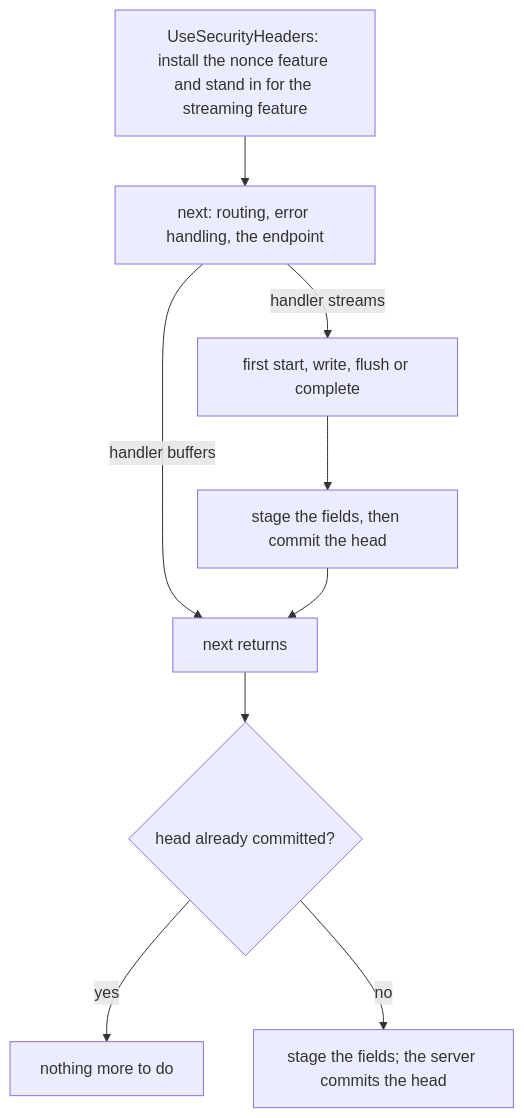
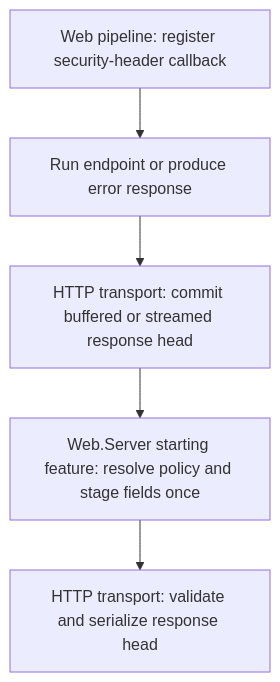
One commit to assimalign/cohesion-docs changed the first of 2 diagrams in docs/dotnet-apis/resources/web/assimalign-cohesion-web-securityheaders/design.md. Above: the diagram before and after it, drawn with Mermaid. The commit also changed other lines of this file and 107 other files, not shown here.

First line of the commit message:
docs(apis): sync the Web and area pages with Stage 13

````diff
--- a/docs/dotnet-apis/resources/web/assimalign-cohesion-web-securityheaders/design.md
+++ b/docs/dotnet-apis/resources/web/assimalign-cohesion-web-securityheaders/design.md
@@ -69,11 +67,7 @@
 ```mermaid
 flowchart TD
-    Enter["UseSecurityHeaders: install the nonce feature and stand in for the streaming feature"] --> Next["next: routing, error handling, the endpoint"]
-    Next -->|"handler streams"| First["first start, write, flush or complete"]
-    First --> StageStreamed["stage the fields, then commit the head"]
-    Next -->|"handler buffers"| Unwind["next returns"]
-    StageStreamed --> Unwind
-    Unwind --> Started{"head already committed?"}
-    Started -->|"yes"| Done["nothing more to do"]
-    Started -->|"no"| StageBuffered["stage the fields; the server commits the head"]
+    Register["Web pipeline: register security-header callback"] --> Endpoint["Run endpoint or produce error response"]
+    Endpoint --> Commit["HTTP transport: commit buffered or streamed response head"]
+    Commit --> Stage["Web.Server starting feature: resolve policy and stage fields once"]
+    Stage --> Validate["HTTP transport: validate and serialize response head"]
 ```
````
